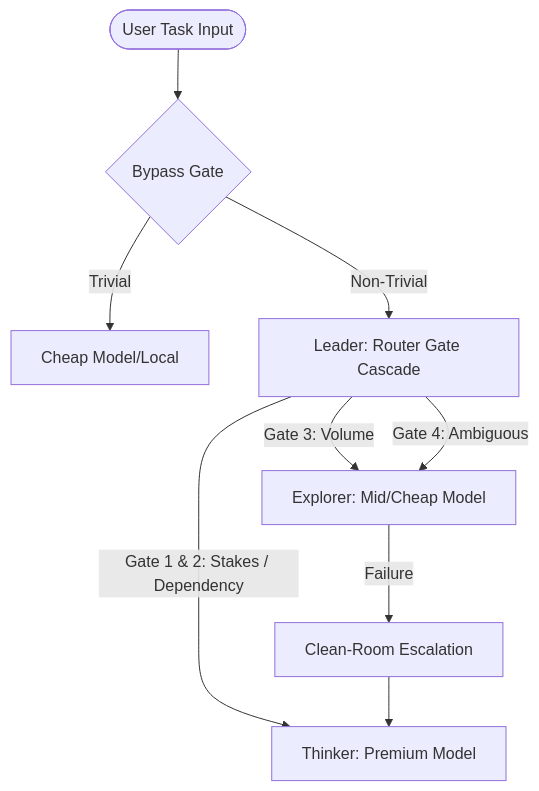
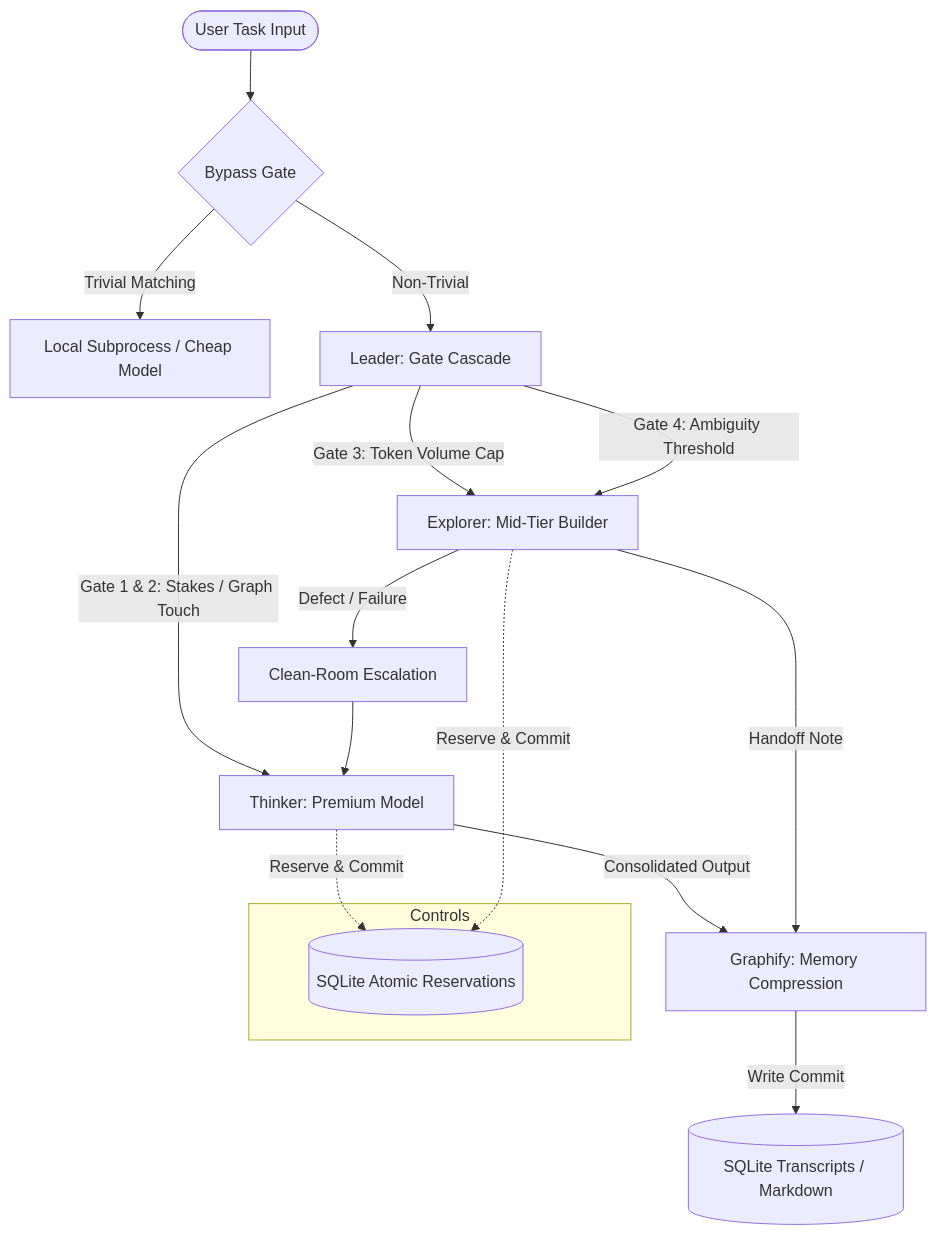
Before and after one commit to ProductGurusAI/Council-of-AIs: the diagram in README.md, drawn with Mermaid. The commit also changed other lines of this file, not shown here.

Commit message:
Update README.md with comprehensive, code-verified specifications, architectures, and capabilities

````diff
--- a/README.md
+++ b/README.md
@@ -62,12 +89,24 @@
 ```mermaid
 graph TD
     User([User Task Input]) --> Bypass{Bypass Gate}
-    Bypass -- Trivial --> Cheap[Cheap Model/Local]
-    Bypass -- Non-Trivial --> Leader[Leader: Router Gate Cascade]
+    Bypass -- Trivial Matching --> Cheap[Local Subprocess / Cheap Model]
+    Bypass -- Non-Trivial --> Leader[Leader: Gate Cascade]
     
-    Leader -->|Gate 1 & 2: Stakes / Dependency| Thinker[Thinker: Premium Model]
-    Leader -->|Gate 3: Volume| Explorer[Explorer: Mid/Cheap Model]
-    Leader -->|Gate 4: Ambiguous| Explorer
+    Leader -->|Gate 1 & 2: Stakes / Graph Touch| Thinker[Thinker: Premium Model]
+    Leader -->|Gate 3: Token Volume Cap| Explorer[Explorer: Mid-Tier Builder]
+    Leader -->|Gate 4: Ambiguity Threshold| Explorer
     
-    Explorer -->|Failure| Escalation[Clean-Room Escalation] --> Thinker
+    Explorer -->|Defect / Failure| Escalation[Clean-Room Escalation] --> Thinker
+    
+    Thinker -->|Consolidated Output| Graphify[Graphify: Memory Compression]
+    Explorer -->|Handoff Note| Graphify
+    
+    Graphify -->|Write Commit| Memory[(SQLite Transcripts / Markdown)]
+    
+    subgraph Controls
+        Ledger[(SQLite Atomic Reservations)]
+    end
+    
+    Thinker -.->|Reserve & Commit| Ledger
+    Explorer -.->|Reserve & Commit| Ledger
 ```
````
